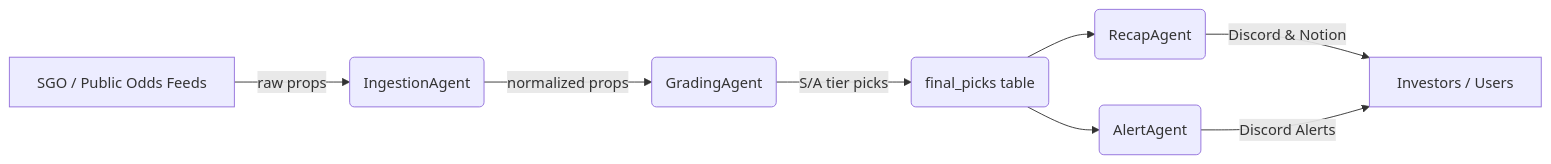
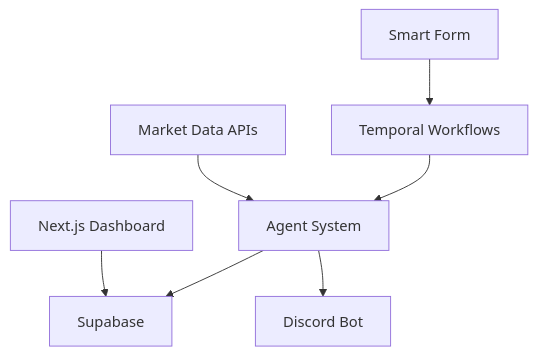
The diagram in README.md (griff843/unit-talk-production), drawn with Mermaid before and after one commit. The commit also changed other lines of this file and 319 other files, not shown here.

Commit message:
Stable build: GradingAgent tested and TS errors < 100. Ready for Ingest/Feed agent testing.

````diff
--- a/README.md
+++ b/README.md
@@ -17,10 +19,9 @@
 ```mermaid
-graph LR
-    A[SGO / Public Odds Feeds] -->|raw props| B(IngestionAgent)
-    B -->|normalized props| C(GradingAgent)
-    C -->|S/A tier picks| D(final_picks table)
-    D --> E(RecapAgent)
-    D --> F(AlertAgent)
-    E -->|Discord & Notion| G[Investors / Users]
-    F -->|Discord Alerts| G
+graph TD
+    A[Smart Form] --> B[Temporal Workflows]
+    B --> C[Agent System]
+    C --> D[Supabase]
+    C --> E[Discord Bot]
+    F[Next.js Dashboard] --> D
+    G[Market Data APIs] --> C
 ```
````
